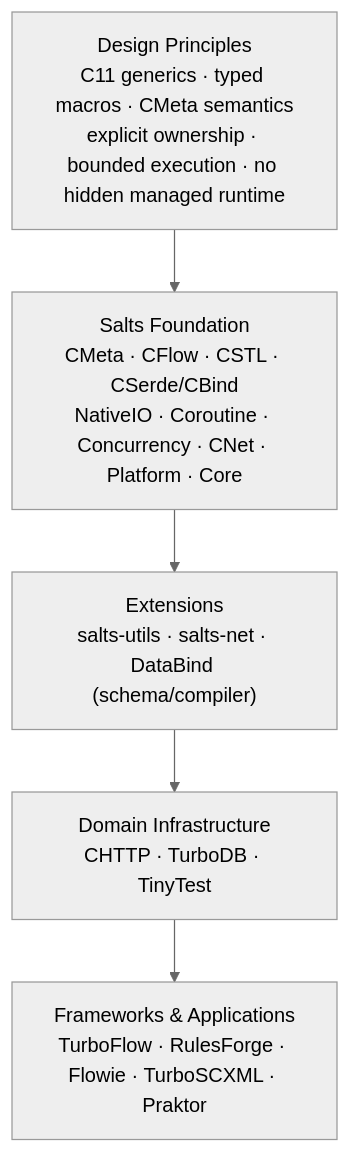
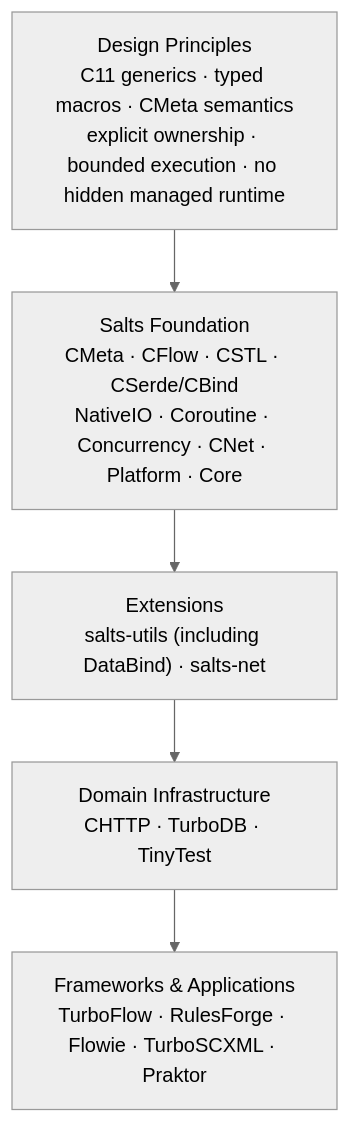
The diagram in README.md (qigao/salts), drawn with Mermaid (neutral theme) before and after one commit. The commit also changed other lines of this file, not shown here.

Commit message:
docs: place DataBind within SaltsUtils

````diff
--- a/README.md
+++ b/README.md
@@ -30,13 +30,13 @@
 ```mermaid
 flowchart TB
     A["Frameworks & Applications<br/>TurboFlow · RulesForge · Flowie · TurboSCXML · Praktor"]
     D["Domain Infrastructure<br/>CHTTP · TurboDB · TinyTest"]
-    E["Extensions<br/>salts-utils · salts-net · DataBind (schema/compiler)"]
+    E["Extensions<br/>salts-utils (including DataBind) · salts-net"]
     S["Salts Foundation<br/>CMeta · CFlow · CSTL · CSerde/CBind<br/>NativeIO · Coroutine · Concurrency · CNet · Platform · Core"]
     P["Design Principles<br/>C11 generics · typed macros · CMeta semantics<br/>explicit ownership · bounded execution · no hidden managed runtime"]
 
     P --> S
     S --> E
     E --> D
     D --> A
 ```
````
